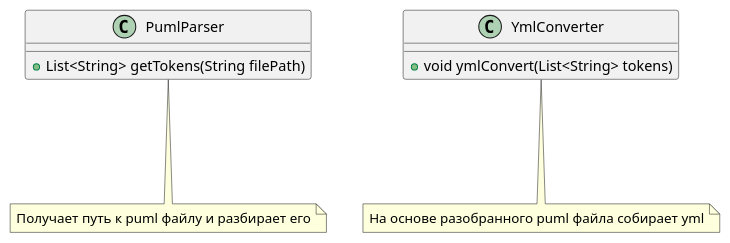
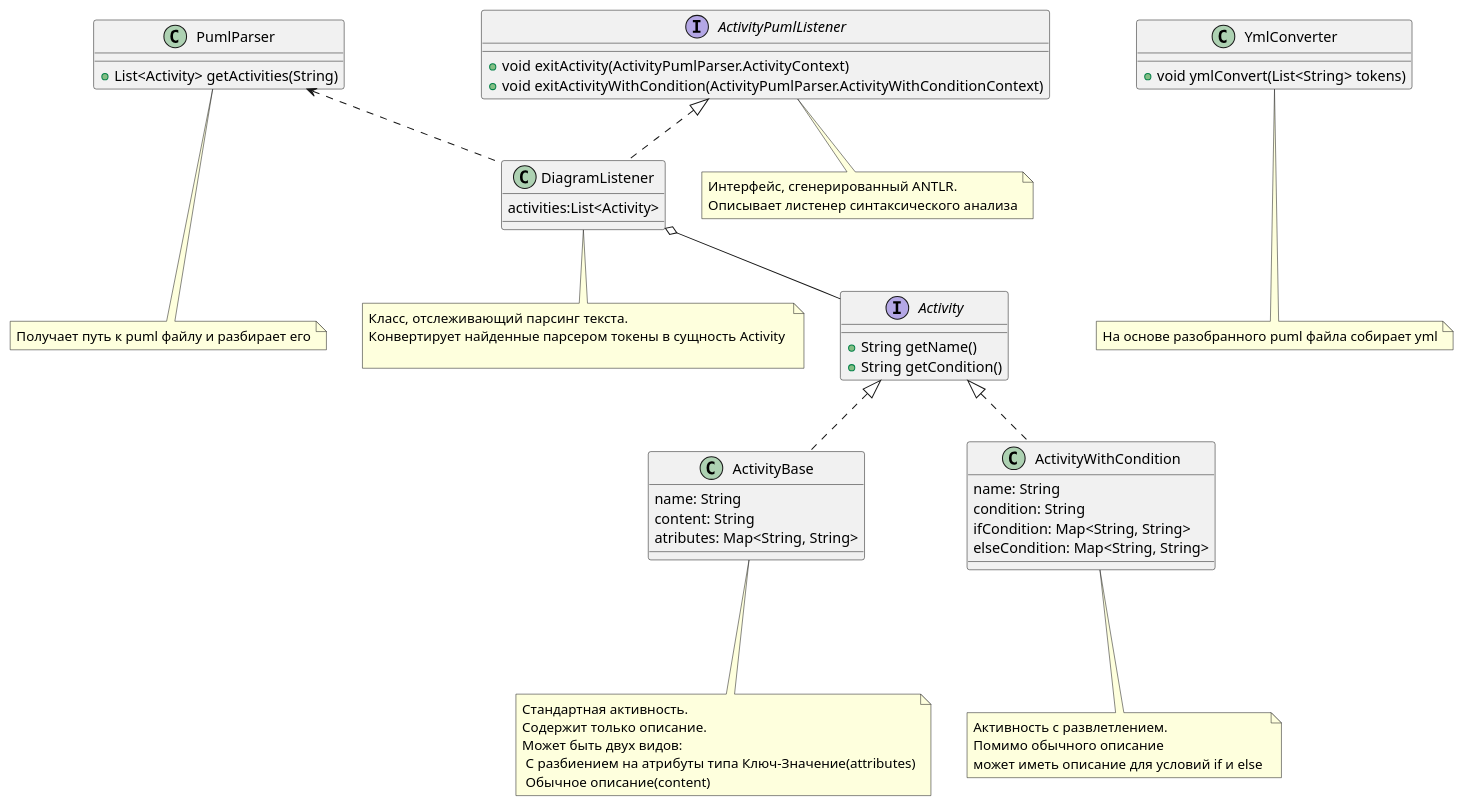
One commit to ovchnnkva/beanGeneration changed the diagram in src/main/resources/diagram/JavaBeanGeneratorClass.puml. Above: the diagram before and after it, drawn with PlantUML. The commit also changed 38 other files, not shown here.

```diff
--- a/src/main/resources/diagram/JavaBeanGeneratorClass.puml
+++ b/src/main/resources/diagram/JavaBeanGeneratorClass.puml
@@ -1,15 +1,51 @@
 @startuml
 note "Получает путь к puml файлу и разбирает его" as N1
 note "На основе разобранного puml файла собирает yml" as N2
-
+note "Стандартная активность. \nСодержит только описание.\nМожет быть двух видов: \n С разбиением на атрибуты типа Ключ-Значение(attributes)\n Обычное описание(content)" as N3
+note "Активность с развлетлением. \nПомимо обычного описание \nможет иметь описание для условий if и else " as N4
+note "Класс, отслеживающий парсинг текста. \nКонвертирует найденные парсером токены в сущность Activity \n " as N5
+note "Интерфейс, сгенерированный ANTLR. \nОписывает листенер синтаксического анализа" as N6
 PumlParser...N1
 YmlConverter...N2
-class PumlParser {
-  +List<String> getTokens(String filePath)
+ActivityBase...N3
+ActivityWithCondition...N4
+DiagramListener..N5
+ActivityPumlListener..N6
+PumlParser <.. DiagramListener
+DiagramListener o-- Activity
+
+interface ActivityPumlListener {
+    +void exitActivity(ActivityPumlParser.ActivityContext)
+    +void exitActivityWithCondition(ActivityPumlParser.ActivityWithConditionContext)
 }
 
+class DiagramListener implements ActivityPumlListener{
+    activities:List<Activity>
+}
+class PumlParser {
+  +List<Activity> getActivities(String)
+}
+
+interface Activity {
+    +String getName()
+    +String getCondition()
+}
+
+class ActivityBase implements Activity {
+    name: String
+    content: String
+    atributes: Map<String, String>
+}
+
+class ActivityWithCondition implements Activity {
+    name: String
+    condition: String
+    ifCondition: Map<String, String>
+    elseCondition: Map<String, String>
+}
 class YmlConverter {
    +void ymlConvert(List<String> tokens)
+}
 
-}
+
 @enduml
```
